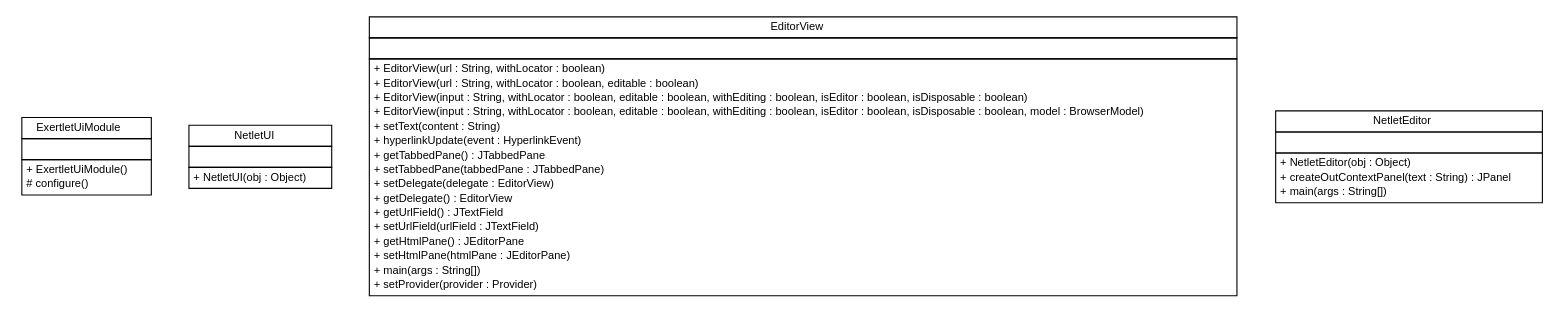
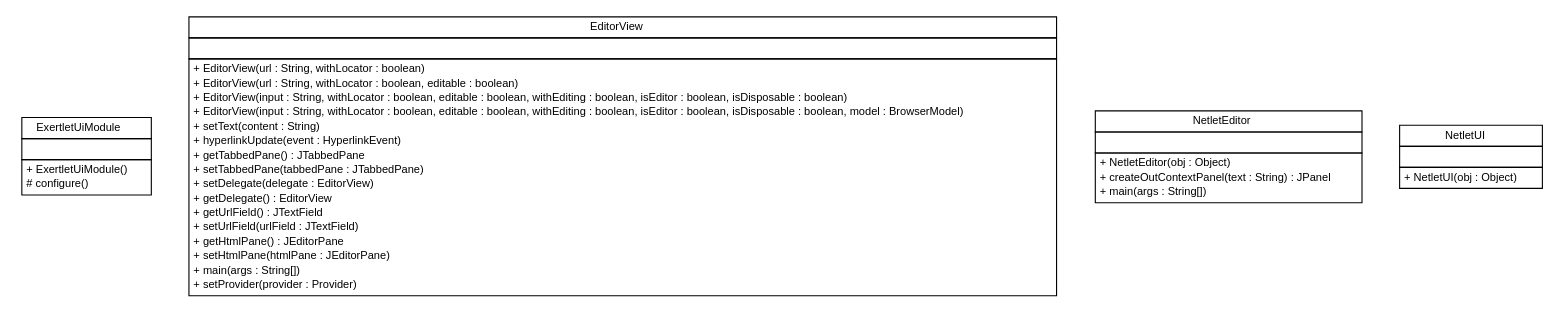
Before and after one commit to sorcersoft/sorcersoft.github.io: the diagram in apidocs/sorcer/ui/exertlet/sorcer.ui.exertlet.dot, drawn with Graphviz. The commit also changed 5034 other files, not shown here.

```diff
--- a/apidocs/sorcer/ui/exertlet/sorcer.ui.exertlet.dot
+++ b/apidocs/sorcer/ui/exertlet/sorcer.ui.exertlet.dot
@@ -1,78 +1,78 @@
 #!/usr/local/bin/dot
 #
 # Class diagram 
 # Generated by UMLGraph version R5_6 (http://www.umlgraph.org/)
 #
 
 digraph G {
 	edge [fontname="Helvetica",fontsize=10,labelfontname="Helvetica",labelfontsize=10];
 	node [fontname="Helvetica",fontsize=10,shape=plaintext];
 	nodesep=0.25;
 	ranksep=0.5;
 	// sorcer.ui.exertlet.ExertletUiModule
-	c63384 [label=<<table title="sorcer.ui.exertlet.ExertletUiModule" border="0" cellborder="1" cellspacing="0" cellpadding="2" port="p" href="./ExertletUiModule.html">
+	c72447 [label=<<table title="sorcer.ui.exertlet.ExertletUiModule" border="0" cellborder="1" cellspacing="0" cellpadding="2" port="p" href="./ExertletUiModule.html">
 		<tr><td><table border="0" cellspacing="0" cellpadding="1">
 <tr><td align="center" balign="center"> ExertletUiModule </td></tr>
 		</table></td></tr>
 		<tr><td><table border="0" cellspacing="0" cellpadding="1">
 <tr><td align="left" balign="left">  </td></tr>
 		</table></td></tr>
 		<tr><td><table border="0" cellspacing="0" cellpadding="1">
 <tr><td align="left" balign="left"> + ExertletUiModule() </td></tr>
 <tr><td align="left" balign="left"> # configure() </td></tr>
 		</table></td></tr>
 		</table>>, URL="./ExertletUiModule.html", fontname="Helvetica", fontcolor="black", fontsize=10.0];
-	// sorcer.ui.exertlet.NetletUI
-	c63385 [label=<<table title="sorcer.ui.exertlet.NetletUI" border="0" cellborder="1" cellspacing="0" cellpadding="2" port="p" href="./NetletUI.html">
-		<tr><td><table border="0" cellspacing="0" cellpadding="1">
-<tr><td align="center" balign="center"> NetletUI </td></tr>
-		</table></td></tr>
-		<tr><td><table border="0" cellspacing="0" cellpadding="1">
-<tr><td align="left" balign="left">  </td></tr>
-		</table></td></tr>
-		<tr><td><table border="0" cellspacing="0" cellpadding="1">
-<tr><td align="left" balign="left"> + NetletUI(obj : Object) </td></tr>
-		</table></td></tr>
-		</table>>, URL="./NetletUI.html", fontname="Helvetica", fontcolor="black", fontsize=10.0];
 	// sorcer.ui.exertlet.EditorView
-	c63386 [label=<<table title="sorcer.ui.exertlet.EditorView" border="0" cellborder="1" cellspacing="0" cellpadding="2" port="p" href="./EditorView.html">
+	c72448 [label=<<table title="sorcer.ui.exertlet.EditorView" border="0" cellborder="1" cellspacing="0" cellpadding="2" port="p" href="./EditorView.html">
 		<tr><td><table border="0" cellspacing="0" cellpadding="1">
 <tr><td align="center" balign="center"> EditorView </td></tr>
 		</table></td></tr>
 		<tr><td><table border="0" cellspacing="0" cellpadding="1">
 <tr><td align="left" balign="left">  </td></tr>
 		</table></td></tr>
 		<tr><td><table border="0" cellspacing="0" cellpadding="1">
 <tr><td align="left" balign="left"> + EditorView(url : String, withLocator : boolean) </td></tr>
 <tr><td align="left" balign="left"> + EditorView(url : String, withLocator : boolean, editable : boolean) </td></tr>
 <tr><td align="left" balign="left"> + EditorView(input : String, withLocator : boolean, editable : boolean, withEditing : boolean, isEditor : boolean, isDisposable : boolean) </td></tr>
 <tr><td align="left" balign="left"> + EditorView(input : String, withLocator : boolean, editable : boolean, withEditing : boolean, isEditor : boolean, isDisposable : boolean, model : BrowserModel) </td></tr>
 <tr><td align="left" balign="left"> + setText(content : String) </td></tr>
 <tr><td align="left" balign="left"> + hyperlinkUpdate(event : HyperlinkEvent) </td></tr>
 <tr><td align="left" balign="left"> + getTabbedPane() : JTabbedPane </td></tr>
 <tr><td align="left" balign="left"> + setTabbedPane(tabbedPane : JTabbedPane) </td></tr>
 <tr><td align="left" balign="left"> + setDelegate(delegate : EditorView) </td></tr>
 <tr><td align="left" balign="left"> + getDelegate() : EditorView </td></tr>
 <tr><td align="left" balign="left"> + getUrlField() : JTextField </td></tr>
 <tr><td align="left" balign="left"> + setUrlField(urlField : JTextField) </td></tr>
 <tr><td align="left" balign="left"> + getHtmlPane() : JEditorPane </td></tr>
 <tr><td align="left" balign="left"> + setHtmlPane(htmlPane : JEditorPane) </td></tr>
 <tr><td align="left" balign="left"> + main(args : String[]) </td></tr>
 <tr><td align="left" balign="left"> + setProvider(provider : Provider) </td></tr>
 		</table></td></tr>
 		</table>>, URL="./EditorView.html", fontname="Helvetica", fontcolor="black", fontsize=10.0];
 	// sorcer.ui.exertlet.NetletEditor
-	c63387 [label=<<table title="sorcer.ui.exertlet.NetletEditor" border="0" cellborder="1" cellspacing="0" cellpadding="2" port="p" href="./NetletEditor.html">
+	c72449 [label=<<table title="sorcer.ui.exertlet.NetletEditor" border="0" cellborder="1" cellspacing="0" cellpadding="2" port="p" href="./NetletEditor.html">
 		<tr><td><table border="0" cellspacing="0" cellpadding="1">
 <tr><td align="center" balign="center"> NetletEditor </td></tr>
 		</table></td></tr>
 		<tr><td><table border="0" cellspacing="0" cellpadding="1">
 <tr><td align="left" balign="left">  </td></tr>
 		</table></td></tr>
 		<tr><td><table border="0" cellspacing="0" cellpadding="1">
 <tr><td align="left" balign="left"> + NetletEditor(obj : Object) </td></tr>
 <tr><td align="left" balign="left"> + createOutContextPanel(text : String) : JPanel </td></tr>
 <tr><td align="left" balign="left"> + main(args : String[]) </td></tr>
 		</table></td></tr>
 		</table>>, URL="./NetletEditor.html", fontname="Helvetica", fontcolor="black", fontsize=10.0];
+	// sorcer.ui.exertlet.NetletUI
+	c72450 [label=<<table title="sorcer.ui.exertlet.NetletUI" border="0" cellborder="1" cellspacing="0" cellpadding="2" port="p" href="./NetletUI.html">
+		<tr><td><table border="0" cellspacing="0" cellpadding="1">
+<tr><td align="center" balign="center"> NetletUI </td></tr>
+		</table></td></tr>
+		<tr><td><table border="0" cellspacing="0" cellpadding="1">
+<tr><td align="left" balign="left">  </td></tr>
+		</table></td></tr>
+		<tr><td><table border="0" cellspacing="0" cellpadding="1">
+<tr><td align="left" balign="left"> + NetletUI(obj : Object) </td></tr>
+		</table></td></tr>
+		</table>>, URL="./NetletUI.html", fontname="Helvetica", fontcolor="black", fontsize=10.0];
 }
```
